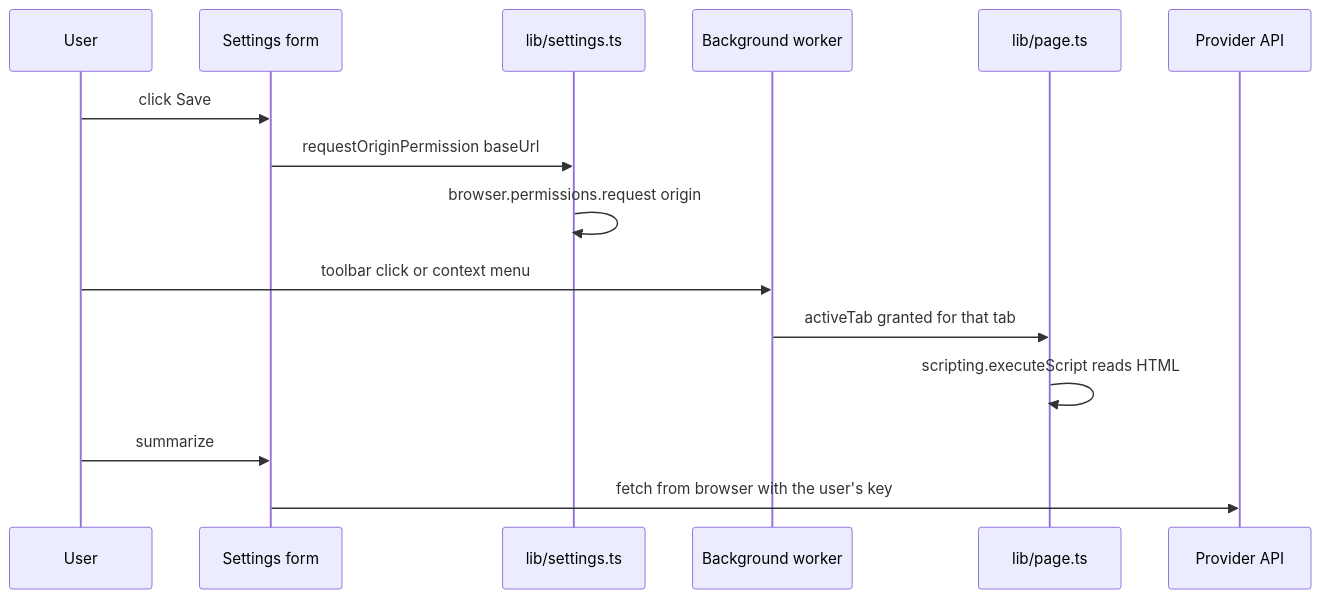
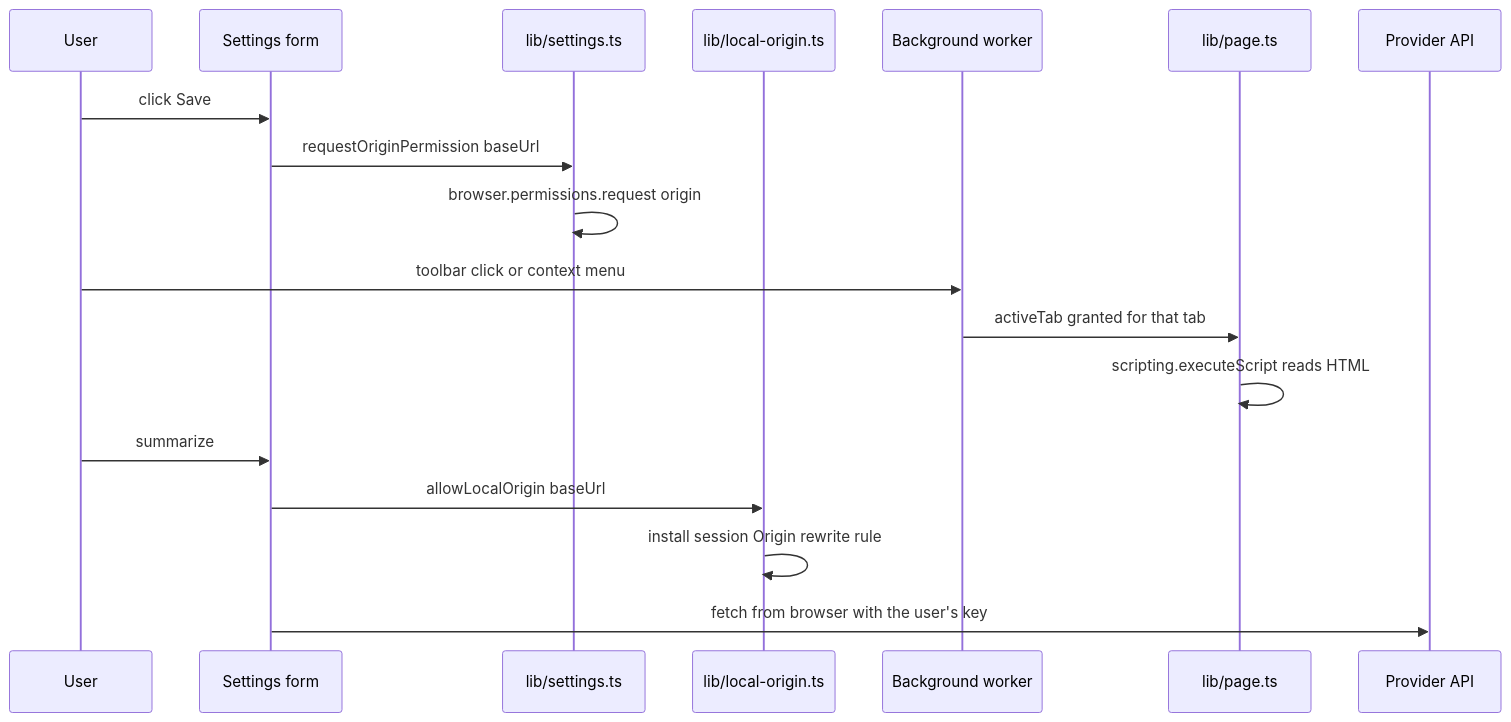
One commit to tamnt1707/siftlume changed the diagram in openwiki/operations/permissions-and-privacy.md. Above: the diagram before and after it, drawn with Mermaid. The commit also changed other lines of this file and 33 other files, not shown here.

````diff
--- a/openwiki/operations/permissions-and-privacy.md
+++ b/openwiki/operations/permissions-and-privacy.md
@@ -206,17 +271,20 @@
 ```mermaid
 sequenceDiagram
   participant U as User
   participant SF as Settings form
   participant PM as lib/settings.ts
+  participant LO as lib/local-origin.ts
   participant BW as Background worker
   participant PG as lib/page.ts
   participant PV as Provider API
   U->>SF: click Save
   SF->>PM: requestOriginPermission baseUrl
   PM->>PM: browser.permissions.request origin
   U->>BW: toolbar click or context menu
   BW->>PG: activeTab granted for that tab
   PG->>PG: scripting.executeScript reads HTML
   U->>SF: summarize
+  SF->>LO: allowLocalOrigin baseUrl
+  LO->>LO: install session Origin rewrite rule
   SF->>PV: fetch from browser with the user's key
 ```
````
